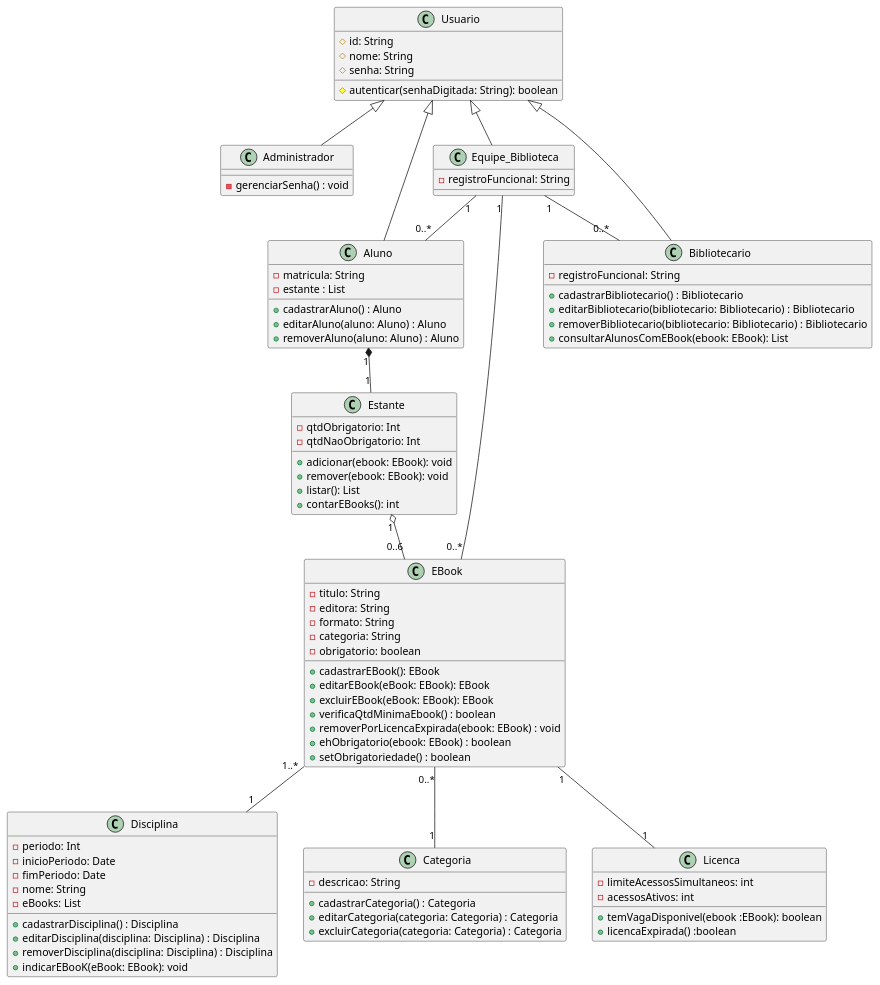
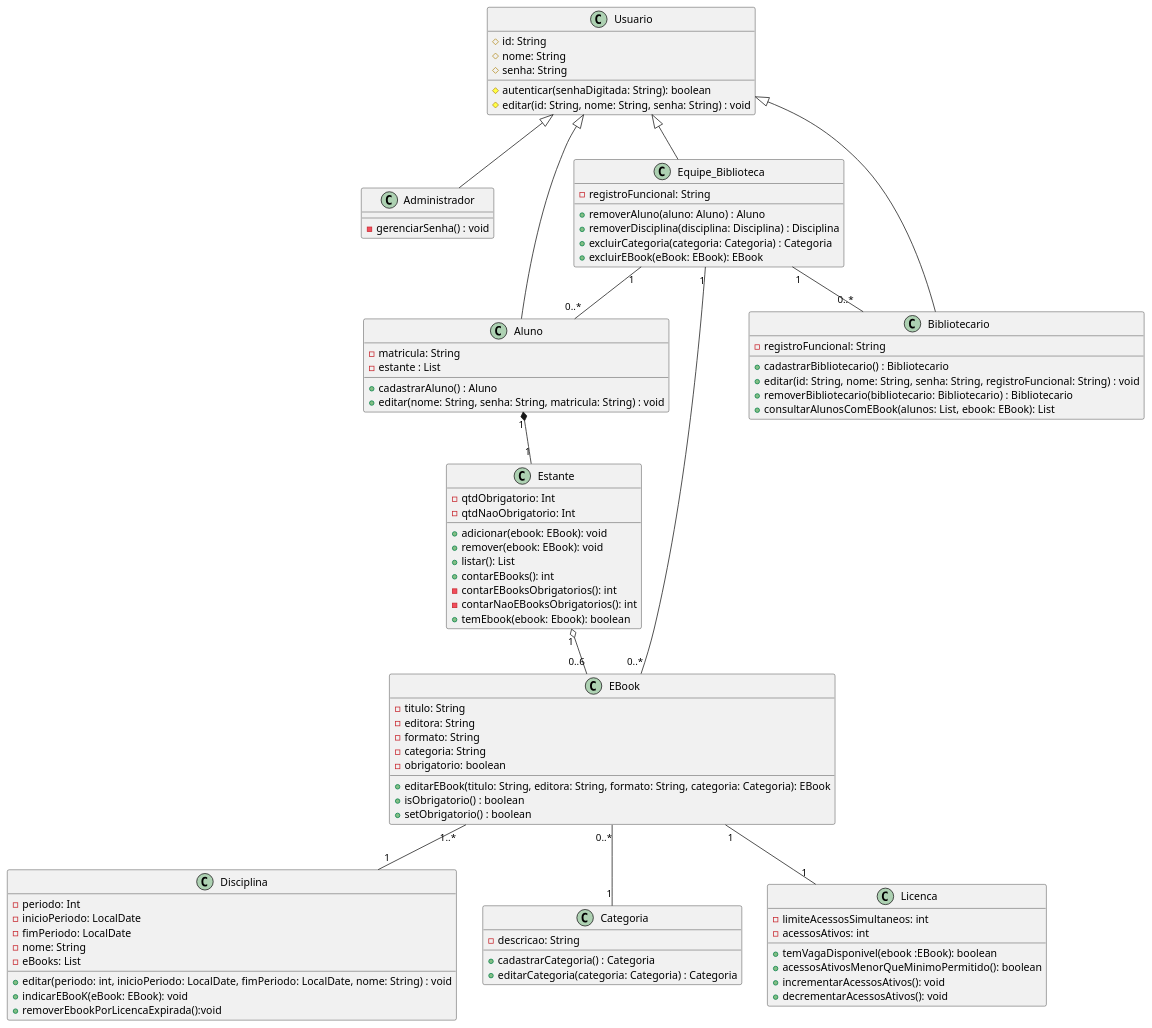
One commit to brunokilo/lab01-ebooks-biblioteca changed the diagram in docs/diagramas/diagrama-de-classe.puml. Above: the diagram before and after it, drawn with PlantUML. The commit also changed 1 other file, not shown here.

Commit message:
feat: atualizar diagrama de classes com novos métodos e atributos nas classes Usuario, Aluno, Bibliotecario, Disciplina, Categoria, EBook, Licenca e Estante

```diff
--- a/docs/diagramas/diagrama-de-classe.puml
+++ b/docs/diagramas/diagrama-de-classe.puml
@@ -1,97 +1,100 @@
 @startuml diagrama_de_classes_ebooks
 
 class Usuario {
   #id: String
   #nome: String
   #senha: String
   #autenticar(senhaDigitada: String): boolean
+  #editar(id: String, nome: String, senha: String) : void
 }
 
 class Administrador{
   -gerenciarSenha() : void
 }
 
 class Aluno {
   -matricula: String
   -estante : List
   +cadastrarAluno() : Aluno
-  +editarAluno(aluno: Aluno) : Aluno
-  +removerAluno(aluno: Aluno) : Aluno
+  +editar(nome: String, senha: String, matricula: String) : void
 }
 
 class Bibliotecario {
   -registroFuncional: String
   +cadastrarBibliotecario() : Bibliotecario
-  +editarBibliotecario(bibliotecario: Bibliotecario) : Bibliotecario
+  +editar(id: String, nome: String, senha: String, registroFuncional: String) : void
   +removerBibliotecario(bibliotecario: Bibliotecario) : Bibliotecario
-  +consultarAlunosComEBook(ebook: EBook): List
+  +consultarAlunosComEBook(alunos: List, ebook: EBook): List
 }
 
 class Equipe_Biblioteca{
   -registroFuncional: String
+  +removerAluno(aluno: Aluno) : Aluno
+  +removerDisciplina(disciplina: Disciplina) : Disciplina
+  +excluirCategoria(categoria: Categoria) : Categoria
+  +excluirEBook(eBook: EBook): EBook
 }
 
 class Disciplina{
   -periodo: Int
-  -inicioPeriodo: Date
-  -fimPeriodo: Date
+  -inicioPeriodo: LocalDate
+  -fimPeriodo: LocalDate
   -nome: String
   -eBooks: List
-  +cadastrarDisciplina() : Disciplina
-  +editarDisciplina(disciplina: Disciplina) : Disciplina
-  +removerDisciplina(disciplina: Disciplina) : Disciplina
+  +editar(periodo: int, inicioPeriodo: LocalDate, fimPeriodo: LocalDate, nome: String) : void
   +indicarEBooK(eBook: EBook): void
+  +removerEbookPorLicencaExpirada():void
 }
 
 class Categoria{
   -descricao: String
   +cadastrarCategoria() : Categoria
   +editarCategoria(categoria: Categoria) : Categoria
-  +excluirCategoria(categoria: Categoria) : Categoria
 }
 
 class EBook {
   -titulo: String
   -editora: String
   -formato: String
   -categoria: String
   -obrigatorio: boolean
-  +cadastrarEBook(): EBook
-  +editarEBook(eBook: EBook): EBook
-  +excluirEBook(eBook: EBook): EBook
-  +verificaQtdMinimaEbook() : boolean
-  +removerPorLicencaExpirada(ebook: EBook) : void
-  +ehObrigatorio(ebook: EBook) : boolean
-  +setObrigatoriedade() : boolean
+  +editarEBook(titulo: String, editora: String, formato: String, categoria: Categoria): EBook
+  +isObrigatorio() : boolean
+  +setObrigatorio() : boolean
 }
 
 class Licenca {
   -limiteAcessosSimultaneos: int
   -acessosAtivos: int
   +temVagaDisponivel(ebook :EBook): boolean
-  +licencaExpirada() :boolean
+  +acessosAtivosMenorQueMinimoPermitido(): boolean
+  +incrementarAcessosAtivos(): void
+  +decrementarAcessosAtivos(): void
 }
 
 class Estante {
   -qtdObrigatorio: Int
   -qtdNaoObrigatorio: Int
   +adicionar(ebook: EBook): void
   +remover(ebook: EBook): void
   +listar(): List
   +contarEBooks(): int
+  -contarEBooksObrigatorios(): int
+  -contarNaoEBooksObrigatorios(): int
+  +temEbook(ebook: Ebook): boolean
 }
 
 Usuario <|-- Aluno
 Usuario <|-- Bibliotecario
 Usuario <|-- Equipe_Biblioteca
 Usuario <|-- Administrador
 
 Aluno "1" *-- "1" Estante
 Estante "1" o-- "0..6" EBook
 EBook "1" -- "1" Licenca
 EBook "1..*" -- "1" Disciplina
 EBook "0..*" -- "1" Categoria
 Equipe_Biblioteca "1" -- "0..*" Aluno
 Equipe_Biblioteca "1" -- "0..*" Bibliotecario
 Equipe_Biblioteca "1" -- "0..*" EBook
 @enduml
```
